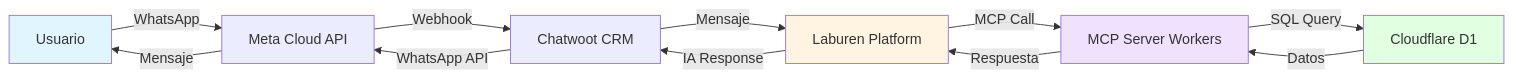
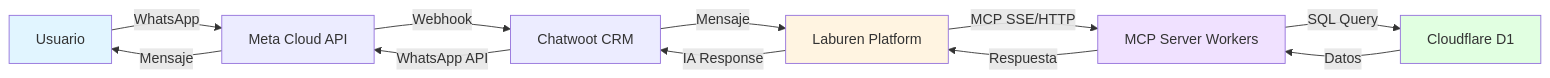
One commit to ArielDRighi/laburen-challenge changed the first of 7 diagrams in docs/flujo-agente.md. Above: the diagram before and after it, drawn with Mermaid. The commit also changed other lines of this file and 4 other files, not shown here.

````diff
--- a/docs/flujo-agente.md
+++ b/docs/flujo-agente.md
@@ -9,18 +9,18 @@
 ```mermaid
 graph LR
     A[Usuario] -->|WhatsApp| B[Meta Cloud API]
     B -->|Webhook| C[Chatwoot CRM]
     C -->|Mensaje| D[Laburen Platform]
-    D -->|MCP Call| E[MCP Server Workers]
+    D -->|MCP SSE/HTTP| E[MCP Server Workers]
     E -->|SQL Query| F[Cloudflare D1]
     F -->|Datos| E
     E -->|Respuesta| D
     D -->|IA Response| C
     C -->|WhatsApp API| B
     B -->|Mensaje| A
 
     style A fill:#e1f5ff
     style D fill:#fff4e1
     style E fill:#f0e1ff
     style F fill:#e1ffe1
 ```
````
